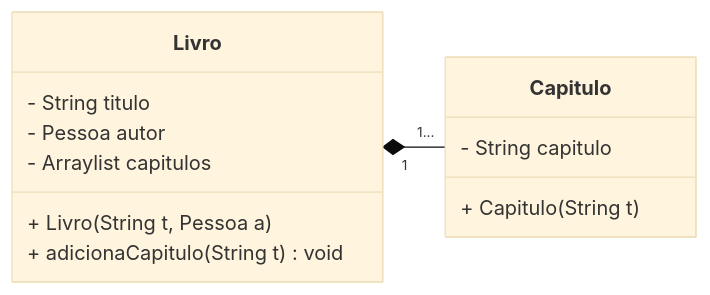
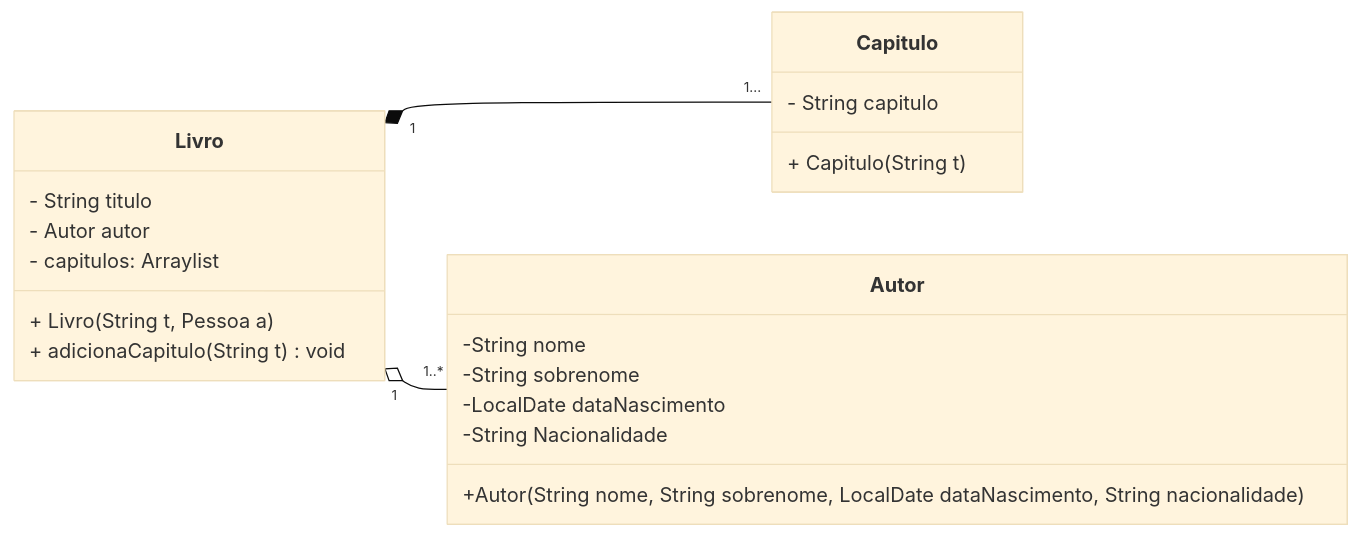
One commit to gaspanhol/POO changed the third of 3 diagrams in aula-14/README.md. Above: the diagram before and after it, drawn with Mermaid (base theme). The commit also changed 7 other files, not shown here.

````diff
--- a/aula-14/README.md
+++ b/aula-14/README.md
@@ -41,20 +41,29 @@
 ```mermaid
 classDiagram
     
     direction LR
     
     Livro "1" *-- "1..." Capitulo
+    Livro "1" o-- "1..*" Autor
     
     class Livro{
         - String titulo
-        - Pessoa autor
-        - Arraylist<Capitulo> capitulos
+        - Autor autor
+        - capitulos: Arraylist<Capitulo>
         + Livro(String t, Pessoa a)
         + adicionaCapitulo(String t) void
     }
     
     class Capitulo{
         - String capitulo
         + Capitulo(String t)
     }
+    
+    class Autor{
+        -String nome
+        -String sobrenome
+        -LocalDate dataNascimento
+        -String Nacionalidade
+        +Autor(String nome, String sobrenome, LocalDate dataNascimento, String nacionalidade)
+    }
 ```
````
